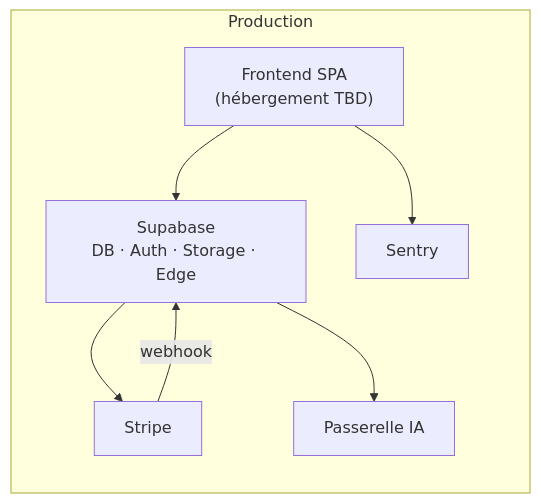
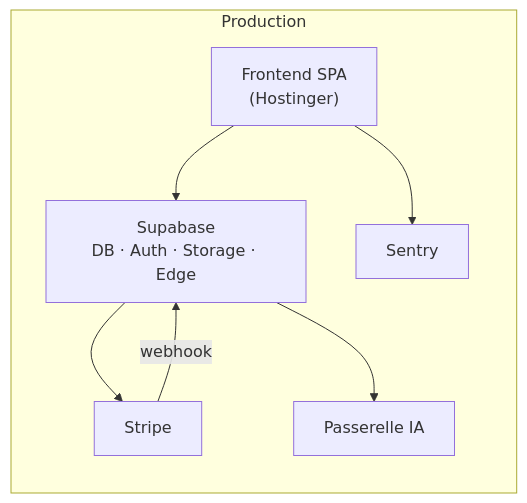
The diagram in docs/development/DEPLOYMENT.md (Makk7709/MMAperfcenter), drawn with Mermaid before and after one commit. The commit also changed other lines of this file and 4 other files, not shown here.

````diff
--- a/docs/development/DEPLOYMENT.md
+++ b/docs/development/DEPLOYMENT.md
@@ -19,16 +19,16 @@
 ```mermaid
 flowchart LR
     subgraph Prod["Production"]
-        FE["Frontend SPA\n(hébergement TBD)"]
+        FE["Frontend SPA\n(Hostinger)"]
         SB["Supabase\nDB · Auth · Storage · Edge"]
         ST["Stripe"]
         SN["Sentry"]
         AI["Passerelle IA"]
     end
 
     FE --> SB
     FE --> SN
     SB --> ST
     SB --> AI
     ST -->|webhook| SB
 ```
````
